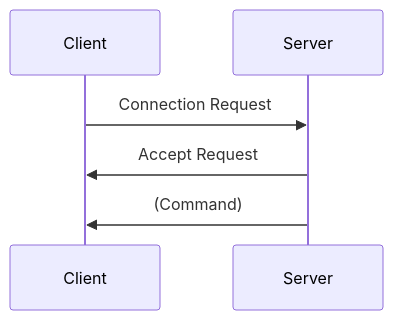
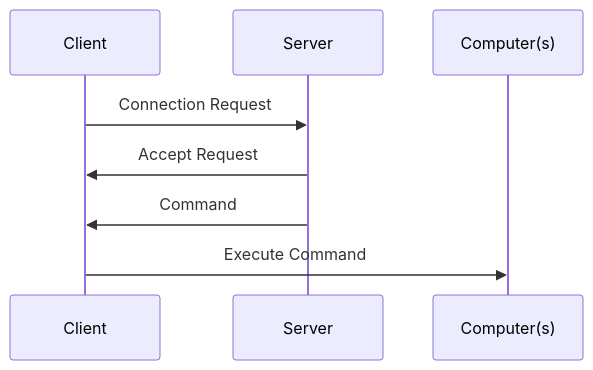
Before and after one commit to RoosterQMonee/ReverseShell: the diagram in README.md, drawn with Mermaid. The commit also changed other lines of this file, not shown here.

````diff
--- a/README.md
+++ b/README.md
@@ -31,7 +34,9 @@
 ```mermaid
 sequenceDiagram
 Client ->> Server: Connection Request
 Server ->> Client: Accept Request
 
-Server ->> Client: (Command)
+Server ->> Client: Command
+
+Client ->> Computer(s): Execute Command
 ```
````
